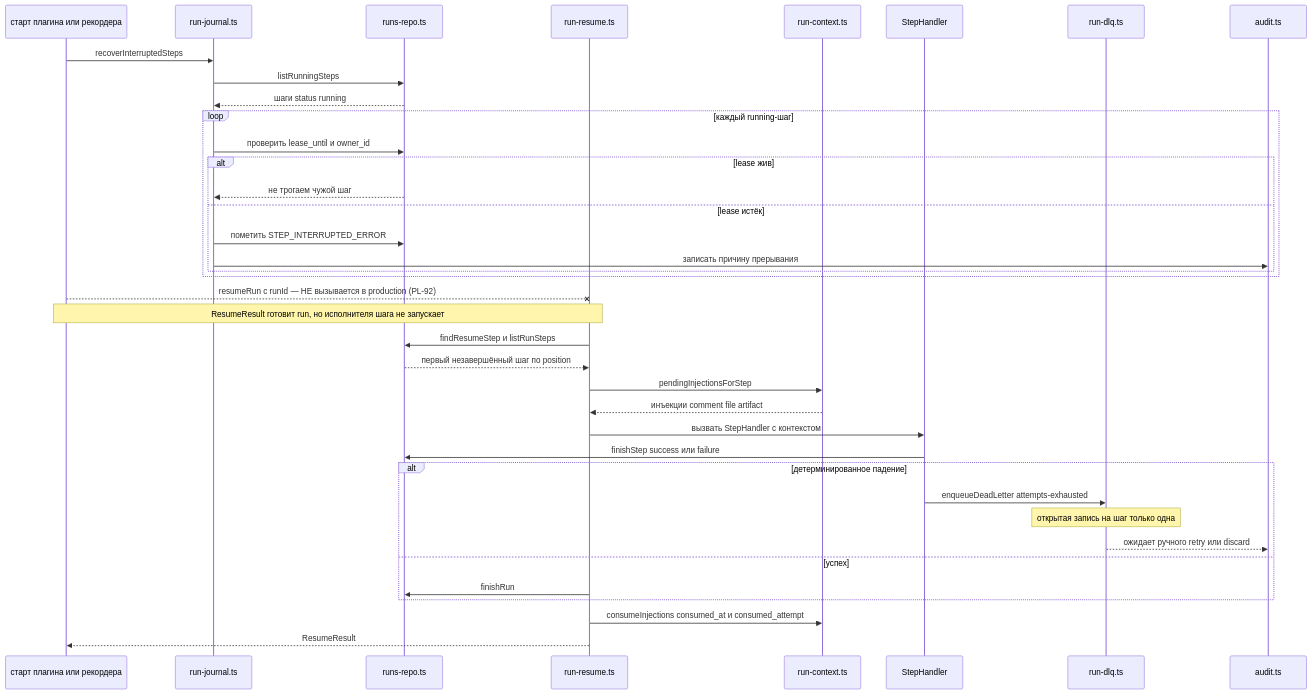
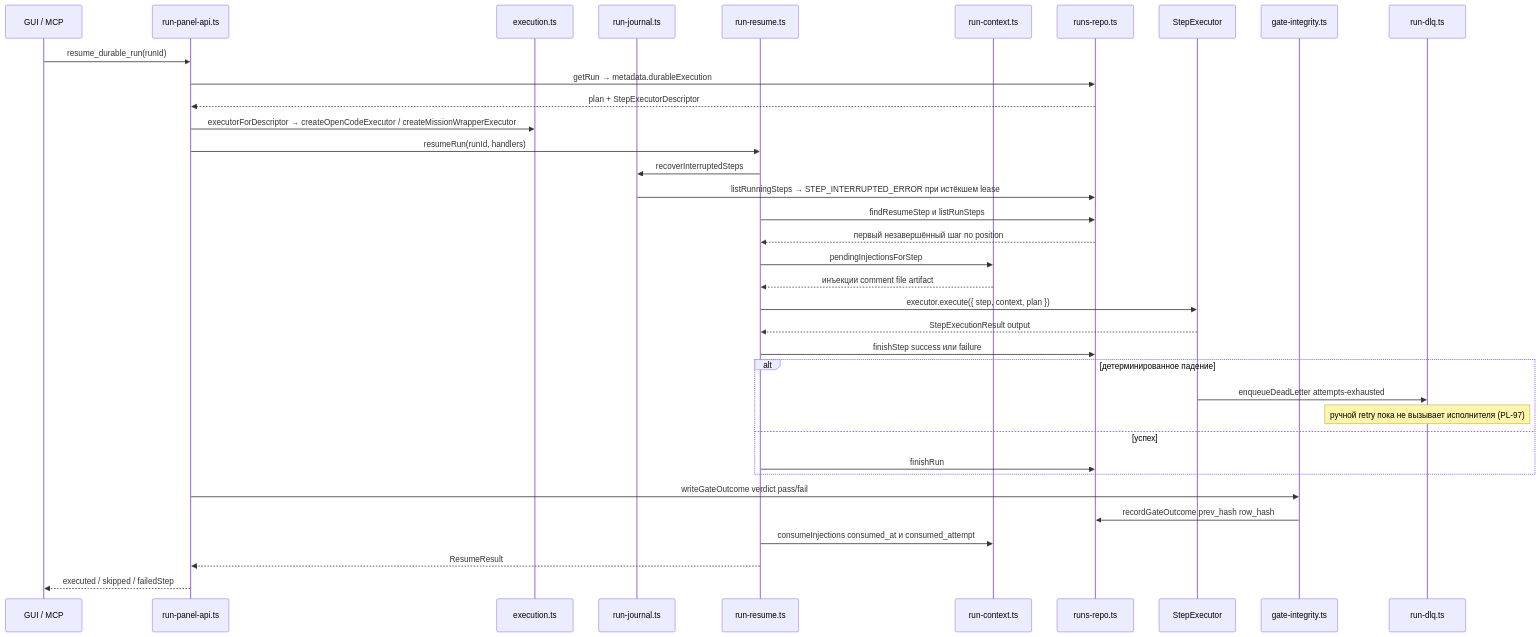
Before and after one commit to DeadSno/agent-steward: the third of 3 diagrams in docs/ARCHITECTURE-DIAGRAMS-SEQUENCES.md, drawn with Mermaid. The commit also changed other lines of this file and 10 other files, not shown here.

Commit message:
fix(resume): execute durable steps from saved descriptor [PL-92]

````diff
--- a/docs/ARCHITECTURE-DIAGRAMS-SEQUENCES.md
+++ b/docs/ARCHITECTURE-DIAGRAMS-SEQUENCES.md
@@ -135,41 +135,39 @@
 ```mermaid
 sequenceDiagram
-    participant BOOT as старт плагина или рекордера
+    participant GUI as GUI / MCP
+    participant RPE as run-panel-api.ts
+    participant EX as execution.ts
     participant RJ as run-journal.ts
-    participant DB as runs-repo.ts
     participant RS as run-resume.ts
     participant CTX as run-context.ts
-    participant H as StepHandler
+    participant DB as runs-repo.ts
+    participant H as StepExecutor
+    participant GI as gate-integrity.ts
     participant DLQ as run-dlq.ts
-    participant AUD as audit.ts
 
-    BOOT->>RJ: recoverInterruptedSteps
-    RJ->>DB: listRunningSteps
-    DB-->>RJ: шаги status running
-    loop каждый running-шаг
-        RJ->>DB: проверить lease_until и owner_id
-        alt lease жив
-            DB-->>RJ: не трогаем чужой шаг
-        else lease истёк
-            RJ->>DB: пометить STEP_INTERRUPTED_ERROR
-            RJ->>AUD: записать причину прерывания
-        end
-    end
-    BOOT--xRS: resumeRun с runId — НЕ вызывается в production (PL-92)
-    Note over BOOT,RS: ResumeResult готовит run, но исполнителя шага не запускает
+    GUI->>RPE: resume_durable_run(runId)
+    RPE->>DB: getRun → metadata.durableExecution
+    DB-->>RPE: plan + StepExecutorDescriptor
+    RPE->>EX: executorForDescriptor → createOpenCodeExecutor / createMissionWrapperExecutor
+    RPE->>RS: resumeRun(runId, handlers)
+    RS->>RJ: recoverInterruptedSteps
+    RJ->>DB: listRunningSteps → STEP_INTERRUPTED_ERROR при истёкшем lease
     RS->>DB: findResumeStep и listRunSteps
     DB-->>RS: первый незавершённый шаг по position
     RS->>CTX: pendingInjectionsForStep
     CTX-->>RS: инъекции comment file artifact
-    RS->>H: вызвать StepHandler с контекстом
-    H->>DB: finishStep success или failure
+    RS->>H: executor.execute({ step, context, plan })
+    H-->>RS: StepExecutionResult output
+    RS->>DB: finishStep success или failure
     alt детерминированное падение
         H->>DLQ: enqueueDeadLetter attempts-exhausted
-        Note over DLQ: открытая запись на шаг только одна
-        DLQ-->>AUD: ожидает ручного retry или discard
+        Note over DLQ: ручной retry пока не вызывает исполнителя (PL-97)
     else успех
         RS->>DB: finishRun
     end
+    RPE->>GI: writeGateOutcome verdict pass/fail
+    GI->>DB: recordGateOutcome prev_hash row_hash
     RS->>CTX: consumeInjections consumed_at и consumed_attempt
-    RS-->>BOOT: ResumeResult
+    RS-->>RPE: ResumeResult
+    RPE-->>GUI: executed / skipped / failedStep
 ```
````
